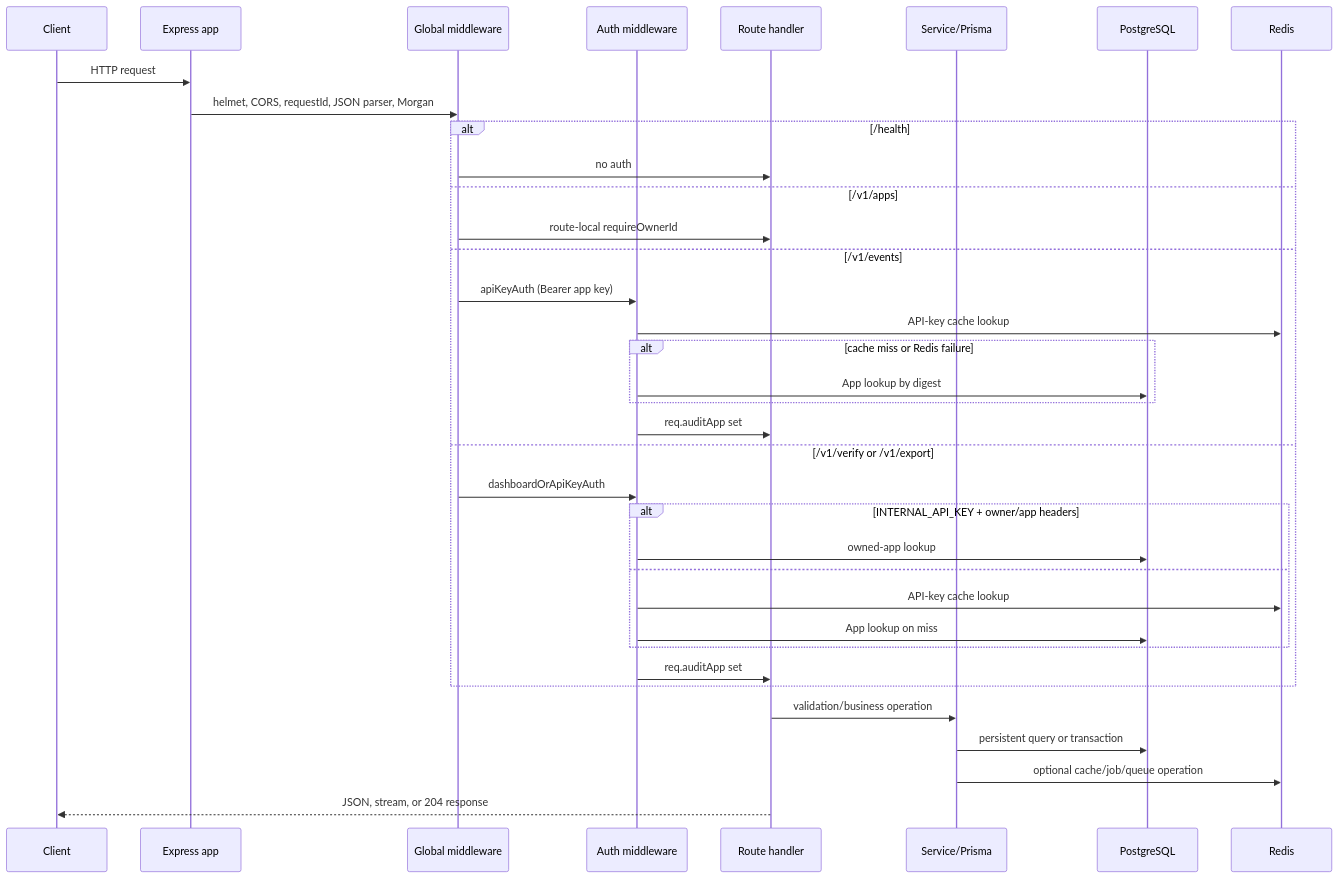
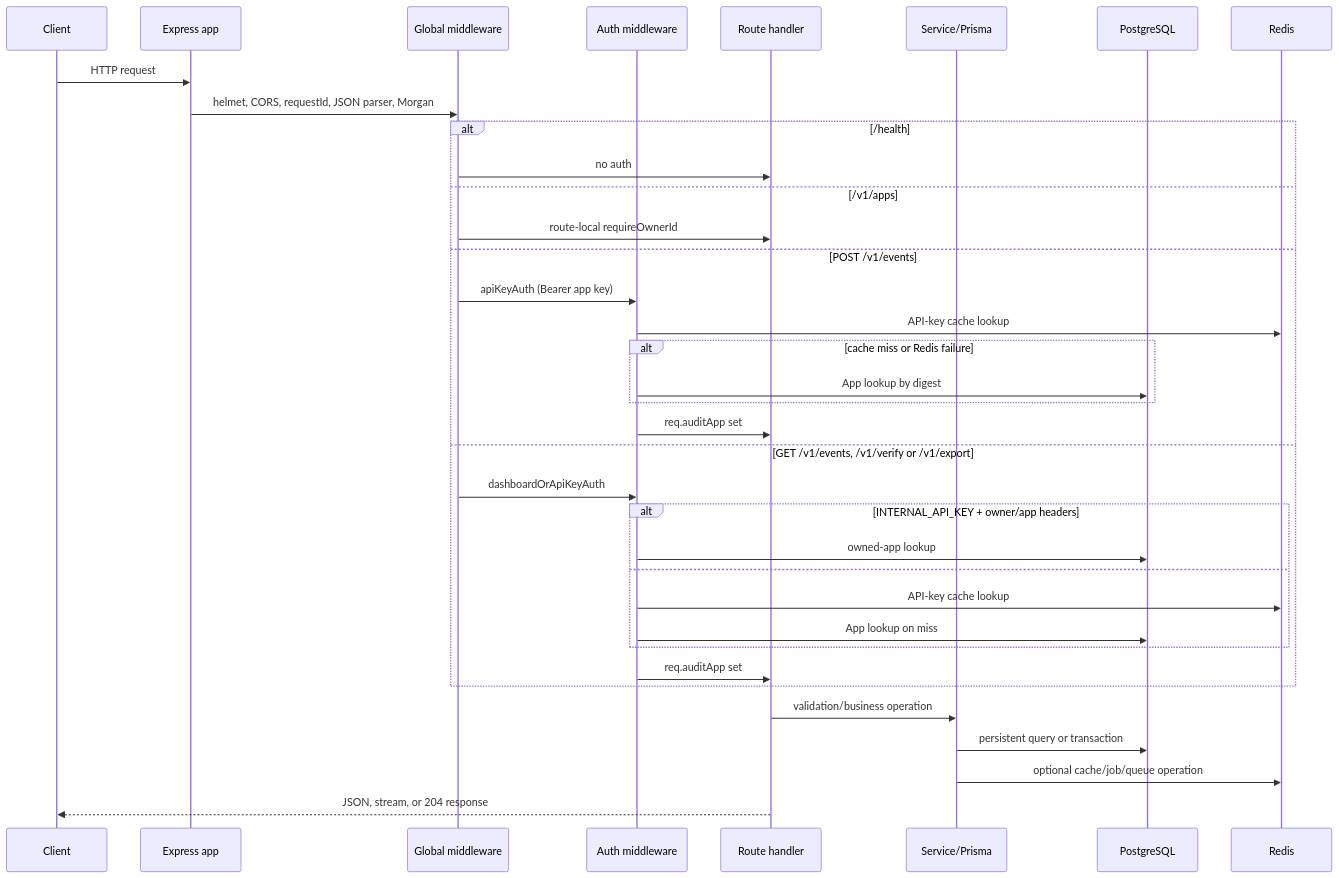
One commit to vinayak-88/AuditLog-Service changed the second of 4 diagrams in ARCHITECTURE.md. Above: the diagram before and after it, drawn with Mermaid. The commit also changed other lines of this file and 4 other files, not shown here.

````diff
--- a/ARCHITECTURE.md
+++ b/ARCHITECTURE.md
@@ -106,39 +111,39 @@
 ```mermaid
 sequenceDiagram
   participant C as Client
   participant E as Express app
   participant G as Global middleware
   participant A as Auth middleware
   participant R as Route handler
   participant S as Service/Prisma
   participant P as PostgreSQL
   participant D as Redis
 
   C->>E: HTTP request
   E->>G: helmet, CORS, requestId, JSON parser, Morgan
   alt /health
     G->>R: no auth
   else /v1/apps
     G->>R: route-local requireOwnerId
-  else /v1/events
+  else POST /v1/events
     G->>A: apiKeyAuth (Bearer app key)
     A->>D: API-key cache lookup
     alt cache miss or Redis failure
       A->>P: App lookup by digest
     end
     A->>R: req.auditApp set
-  else /v1/verify or /v1/export
+  else GET /v1/events, /v1/verify or /v1/export
     G->>A: dashboardOrApiKeyAuth
     alt INTERNAL_API_KEY + owner/app headers
       A->>P: owned-app lookup
     else
       A->>D: API-key cache lookup
       A->>P: App lookup on miss
     end
     A->>R: req.auditApp set
   end
   R->>S: validation/business operation
   S->>P: persistent query or transaction
   S->>D: optional cache/job/queue operation
   R-->>C: JSON, stream, or 204 response
 ```
````
